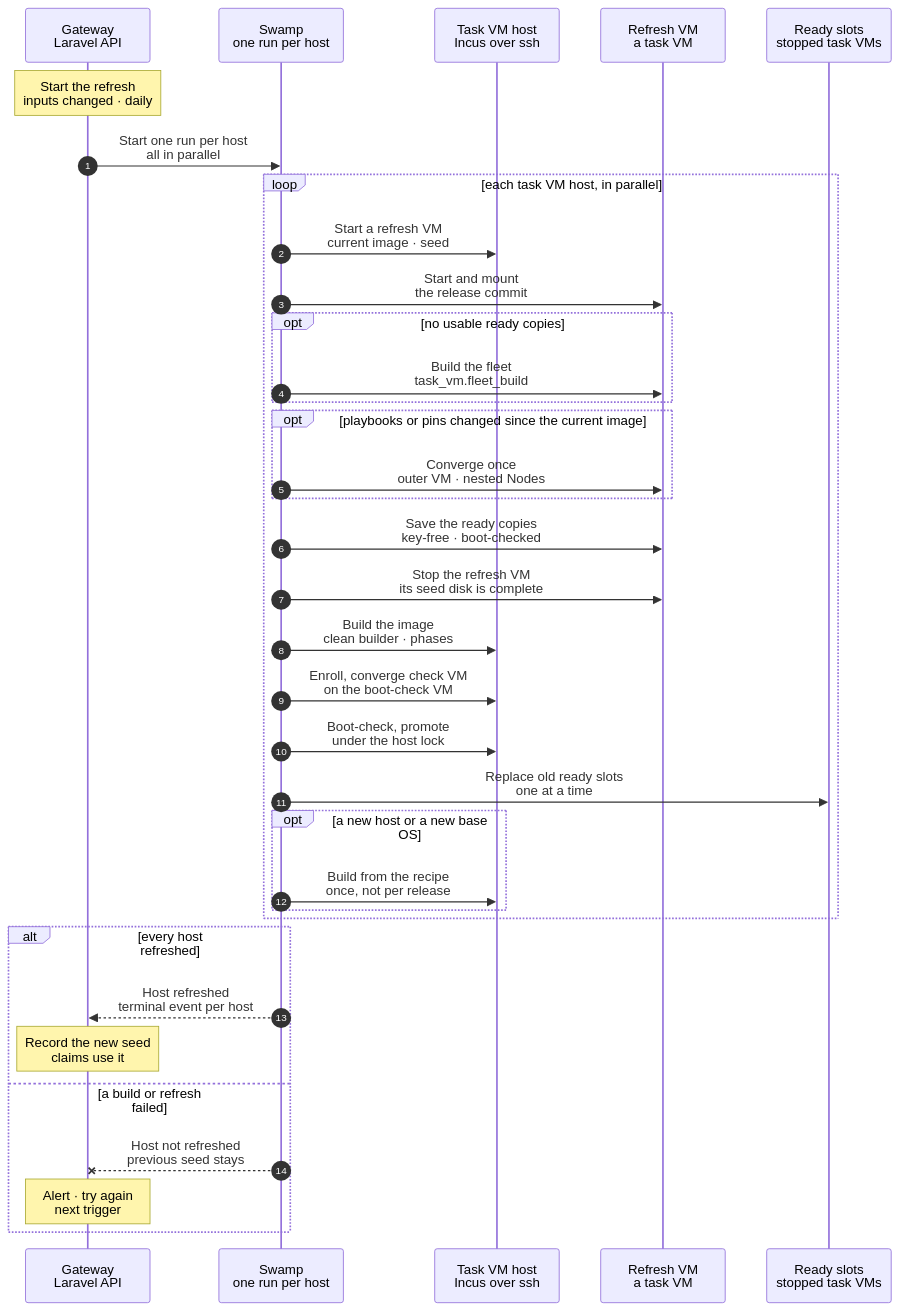
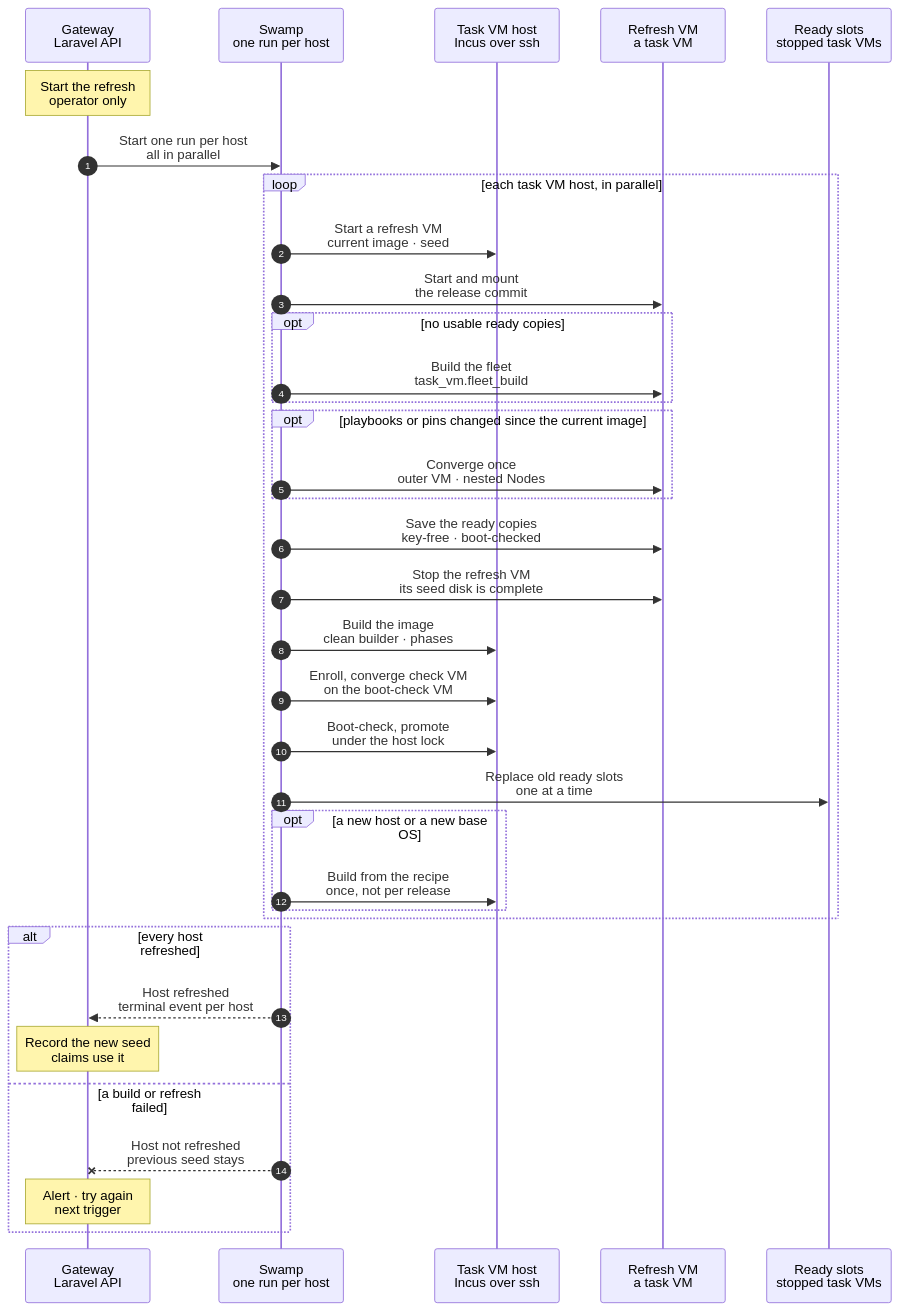
The diagram in docs/reference/pipeline/6-task-image-seed-refresh.mmd (hardimpactdev/orbit), drawn with Mermaid before and after one commit. The commit also changed 8 other files, not shown here.

First line of the commit message:
Remove the release and daily task image refresh triggers

```diff
--- a/docs/reference/pipeline/6-task-image-seed-refresh.mmd
+++ b/docs/reference/pipeline/6-task-image-seed-refresh.mmd
@@ -14,13 +14,11 @@
   participant H as Task VM host<br/>Incus over ssh
   participant VM as Refresh VM<br/>a task VM
   participant SL as Ready slots<br/>stopped task VMs
-  Note over GW: Start the refresh<br/>inputs changed · daily
+  Note over GW: Start the refresh<br/>operator only
   %%> Triggers:
-  %%> - a release that went live and passed its check (stage 5), only when it changed what the images carry: playbooks, pins or lock files; a code-only release needs no refresh, because a task mounts its own checkout
-  %%> - a daily schedule, so a seed never gets older than a day: the Swamp tokens in the ready copies last 24 hours and a ready copy expires after 20
-  %%> Built:
-  %%> - both triggers: the release projection admits the run of every Linux task VM host when the release that went live changed playbooks, pins or lock files (a digest over `swamp/ansible`, the recipe folder and the lock files of the release it replaced and of the new one), and a daily Gateway schedule admits every host; an operator runs `php artisan task-vms:refresh-image HOST` or `task-vms:refresh-images`
-  %%> - a host with a refresh open returns it, so the two triggers and a retry never start a second run; a host that refuses (an image build runs, no capacity) is skipped until the next trigger
+  %%> - Decided by the orchestrator, for Nick's review (2026-11-06): the release and daily triggers are removed. They rebuilt images and copies on the nested-VM path, which the container inner topology replaces; the container switch brings its own refresh trigger
+  %%> - an operator runs `php artisan task-vms:refresh-image HOST` or `task-vms:refresh-images`
+  %%> - a host with a refresh open returns it; a host that refuses (an image build runs, no capacity) is skipped
   %%> Built (task_vm.image_refresh, workflow `operation-task-vm-image-refresh`):
   %%> - the run of one host, admitted like `tasks:prep`: a group of its own in the proof Project, placed on that host only, with the whole intent captured in the admission of provision; only the clone step calls the Gateway, to mint its read credential
   %%> - a repeat admission for a host returns the open run
```
